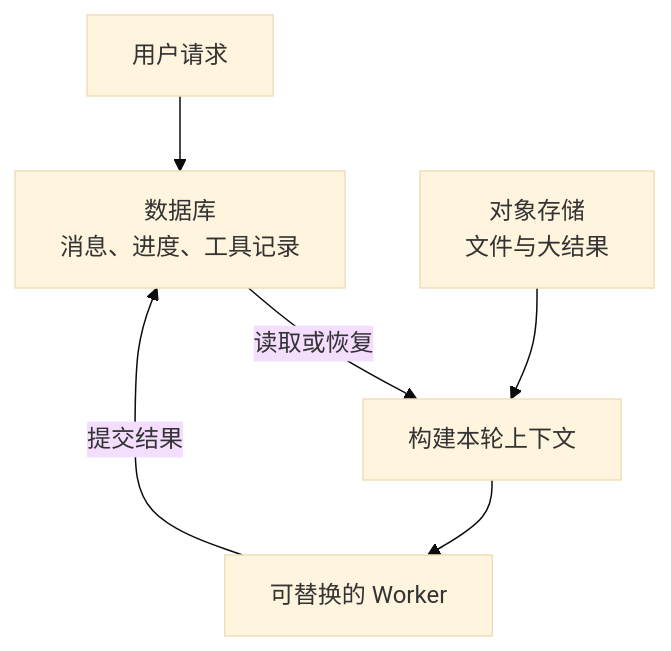
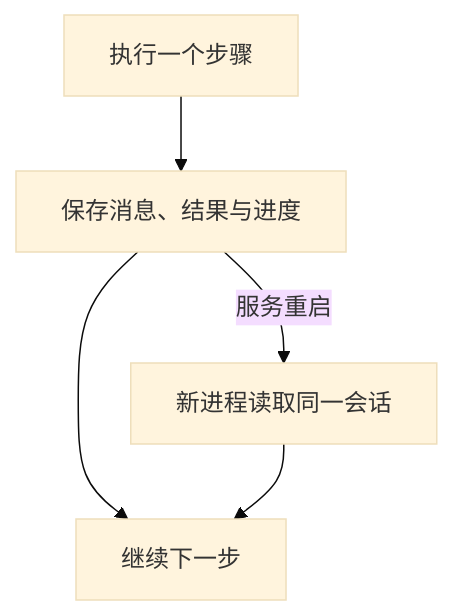
The diagram in src/content/docs/ai/agent-context-persistence-recovery.md (ALVIN-YANG/alvin-notes), drawn with Mermaid (base theme) before and after one commit. The commit also changed other lines of this file and 1 other file, not shown here.

````diff
--- a/src/content/docs/ai/agent-context-persistence-recovery.md
+++ b/src/content/docs/ai/agent-context-persistence-recovery.md
@@ -52,8 +92,7 @@
 ```mermaid
 flowchart TD
-  U["用户请求"] --> D["数据库<br/>消息、进度、工具记录"]
-  D -->|读取或恢复| C["构建本轮上下文"]
-  F["对象存储<br/>文件与大结果"] --> C
-  C --> W["可替换的 Worker"]
-  W -->|提交结果| D
+  A["执行一个步骤"] --> B["保存消息、结果与进度"]
+  B --> C["继续下一步"]
+  B -->|服务重启| D["新进程读取同一会话"]
+  D --> C
 ```
````
